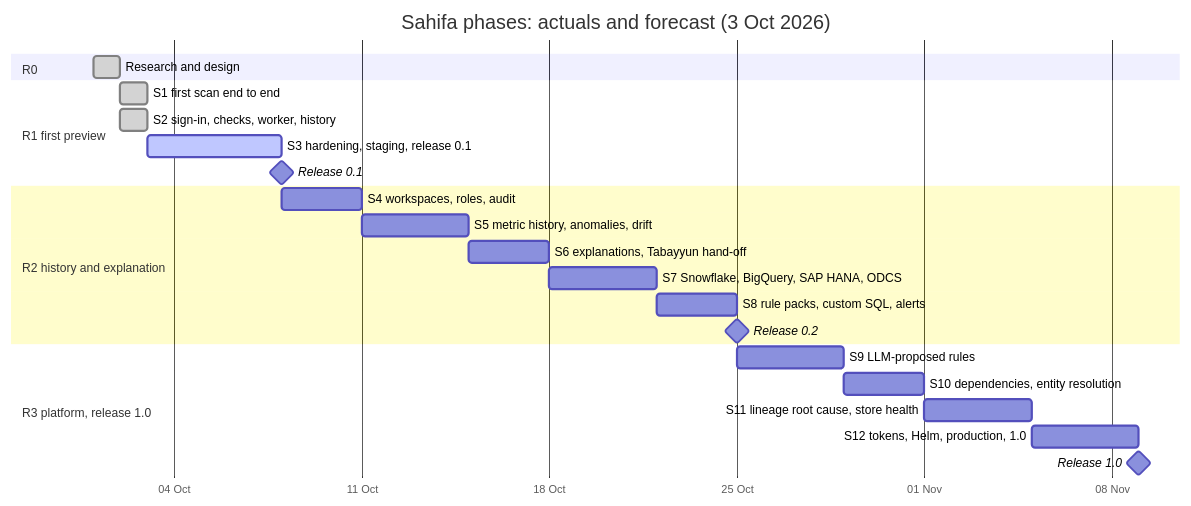
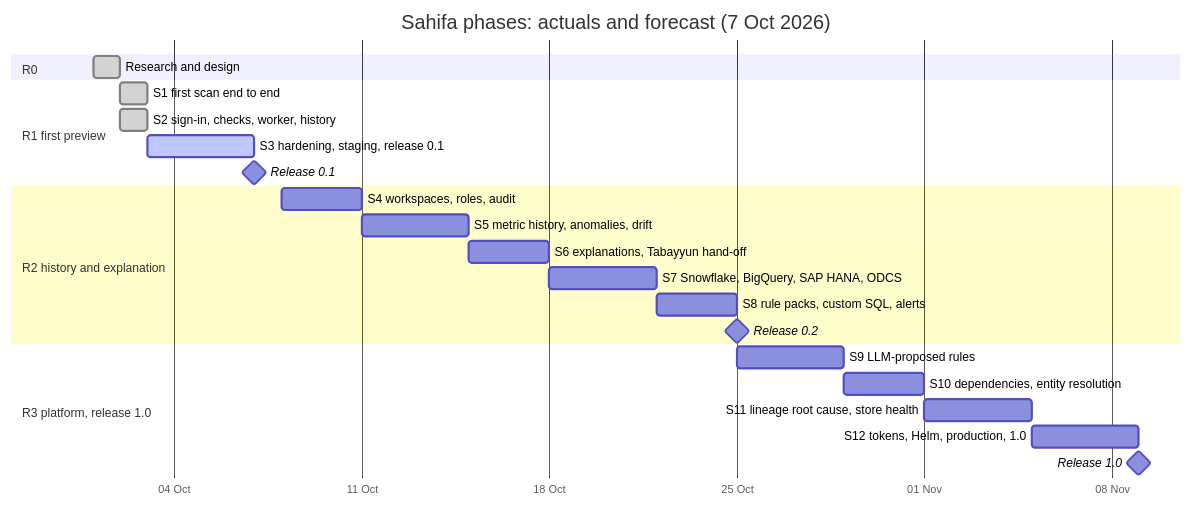
One commit to Sira-Labs/Sahifa changed the diagram in docs/roadmap/roadmap.md. Above: the diagram before and after it, drawn with Mermaid. The commit also changed other lines of this file and 12 other files, not shown here.

````diff
--- a/docs/roadmap/roadmap.md
+++ b/docs/roadmap/roadmap.md
@@ -56,26 +56,26 @@
 ```mermaid
 gantt
-  title Sahifa phases: actuals and forecast (3 Oct 2026)
+  title Sahifa phases: actuals and forecast (7 Oct 2026)
   dateFormat YYYY-MM-DD
   axisFormat %d %b
   section R0
   Research and design                      :done, r0, 2026-10-01, 2026-10-02
   section R1 first preview
   S1 first scan end to end                 :done, s1, 2026-10-02, 1d
   S2 sign-in, checks, worker, history      :done, s2, 2026-10-02, 2026-10-03
-  S3 hardening, staging, release 0.1       :active, s3, 2026-10-03, 2026-10-08
-  Release 0.1                              :milestone, v01, 2026-10-08, 0d
+  S3 hardening, staging, release 0.1       :active, s3, 2026-10-03, 2026-10-07
+  Release 0.1                              :milestone, v01, 2026-10-07, 0d
   section R2 history and explanation
   S4 workspaces, roles, audit              :s4, 2026-10-08, 3d
   S5 metric history, anomalies, drift      :s5, after s4, 4d
   S6 explanations, Tabayyun hand-off       :s6, after s5, 3d
   S7 Snowflake, BigQuery, SAP HANA, ODCS   :s7, after s6, 4d
   S8 rule packs, custom SQL, alerts        :s8, after s7, 3d
   Release 0.2                              :milestone, v02, after s8, 0d
   section R3 platform, release 1.0
   S9 LLM-proposed rules                    :s9, after s8, 4d
   S10 dependencies, entity resolution      :s10, after s9, 3d
   S11 lineage root cause, store health     :s11, after s10, 4d
   S12 tokens, Helm, production, 1.0        :s12, after s11, 4d
   Release 1.0                              :milestone, v10, after s12, 0d
 ```
````
